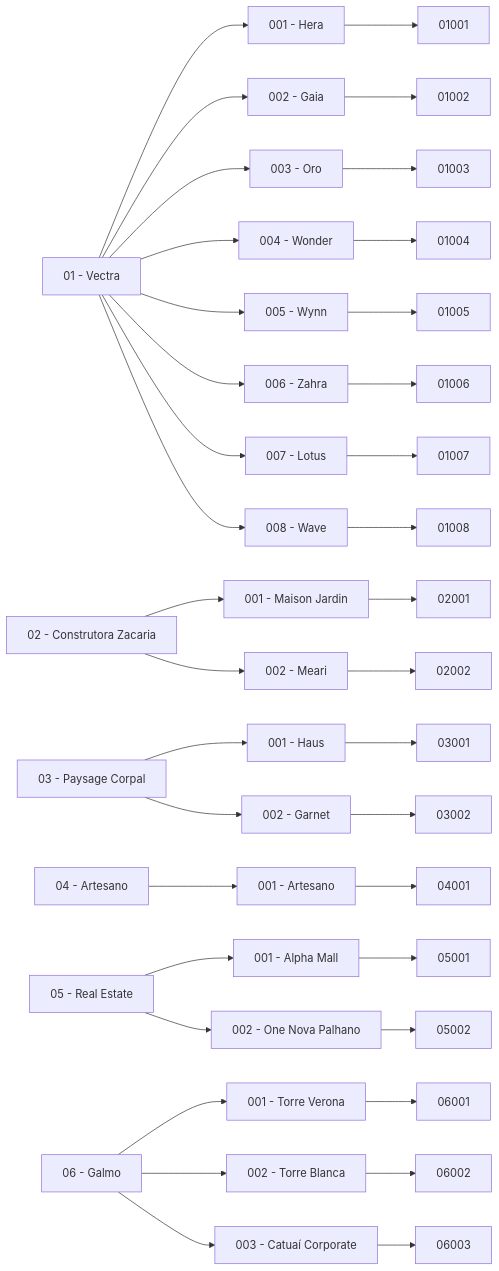
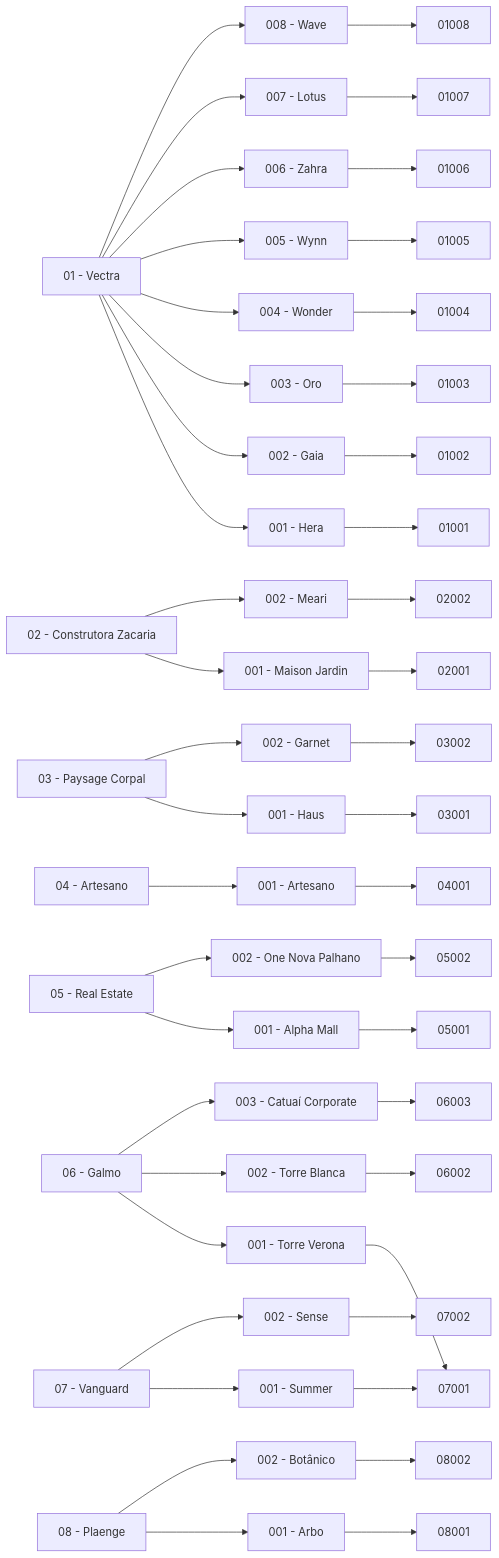
One commit to leadzsoftware/cmsouza changed the third of 3 diagrams in readme.md. Above: the diagram before and after it, drawn with Mermaid. The commit also changed other lines of this file, not shown here.

````diff
--- a/readme.md
+++ b/readme.md
@@ -286,27 +286,33 @@
 ```mermaid
 flowchart LR
     A["01 - Vectra"] --> A1["001 - Hera"] & A2["002 - Gaia"] & A3["003 - Oro"] & A4["004 - Wonder"] & A5["005 - Wynn"] & A6["006 - Zahra"] & A7["007 - Lotus"] & A8["008 - Wave"]
     B["02 - Construtora Zacaria"] --> B1["001 - Maison Jardin"] & B2["002 - Meari"]
     C["03 - Paysage Corpal"] --> C1["001 - Haus"] & C2["002 - Garnet"]
     D["04 - Artesano"] --> D1["001 - Artesano"]
     E["05 - Real Estate"] --> E1["001 - Alpha Mall"] & E2["002 - One Nova Palhano"]
     F["06 - Galmo"] --> F1["001 - Torre Verona"] & F2["002 - Torre Blanca"] & F3["003 - Catuaí Corporate"]
+    G["07 - Vanguard"] --> G1["001 - Summer"] & G2["002 - Sense"]
+    H["08 - Plaenge"] --> H1["001 - Arbo"] & H2["002 - Botânico"]
     A1 --> nv["01001"]
     A2 --> n0["01002"]
     A3 --> nt["01003"]
     A4 --> nf["01004"]
     A5 --> nh["01005"]
     A6 --> ni["01006"]
     A7 --> nj["01007"]
     A8 --> nm["01008"]
     B1 --> nn["02001"]
     B2 --> nl["02002"]
     C1 --> nk["03001"]
     C2 --> n9["03002"]
     D1 --> nq["04001"]
     E1 --> nr["05001"]
     E2 --> ns["05002"]
     F1 --> nx["06001"]
     F2 --> nu["06002"]
     F3 --> nw["06003"]
+    G1 --> nx["07001"]
+    G2 --> ny["07002"]
+    H1 --> nz["08001"]
+    H2 --> na["08002"]
 ```
````
